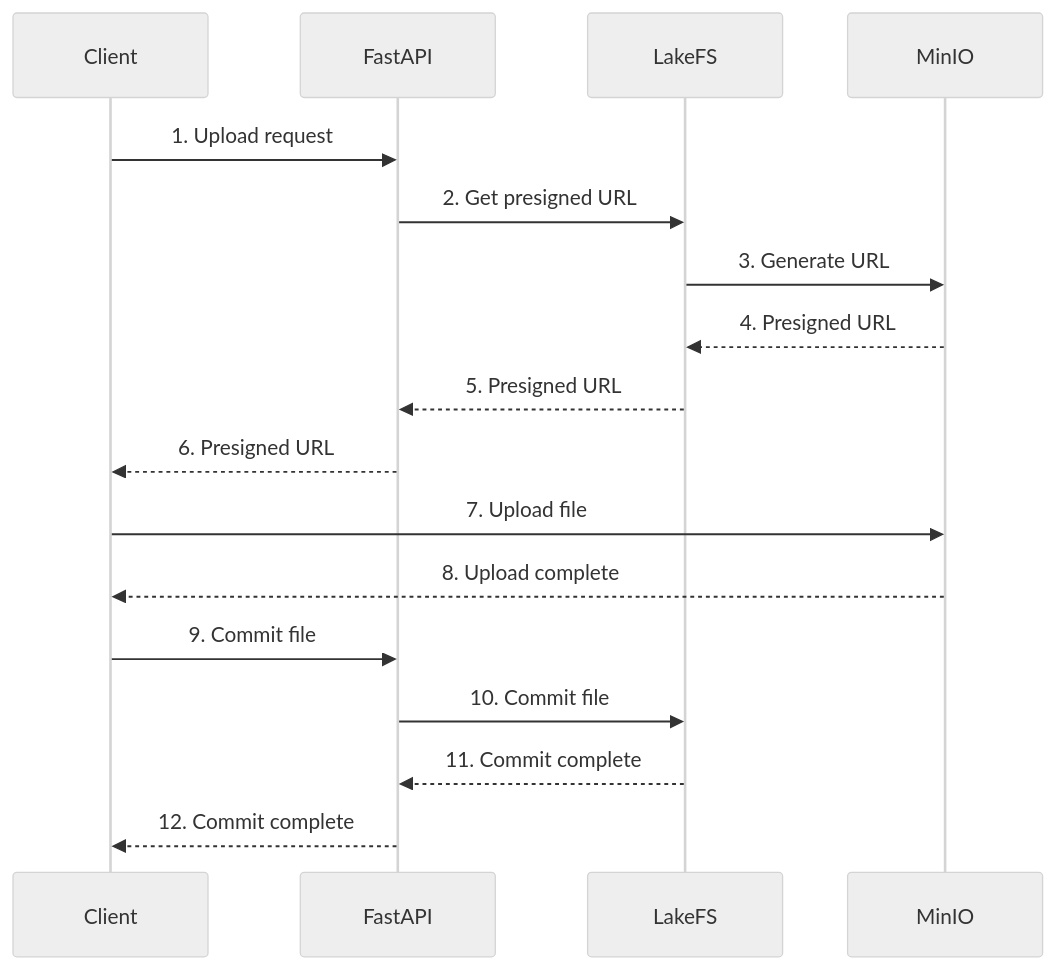
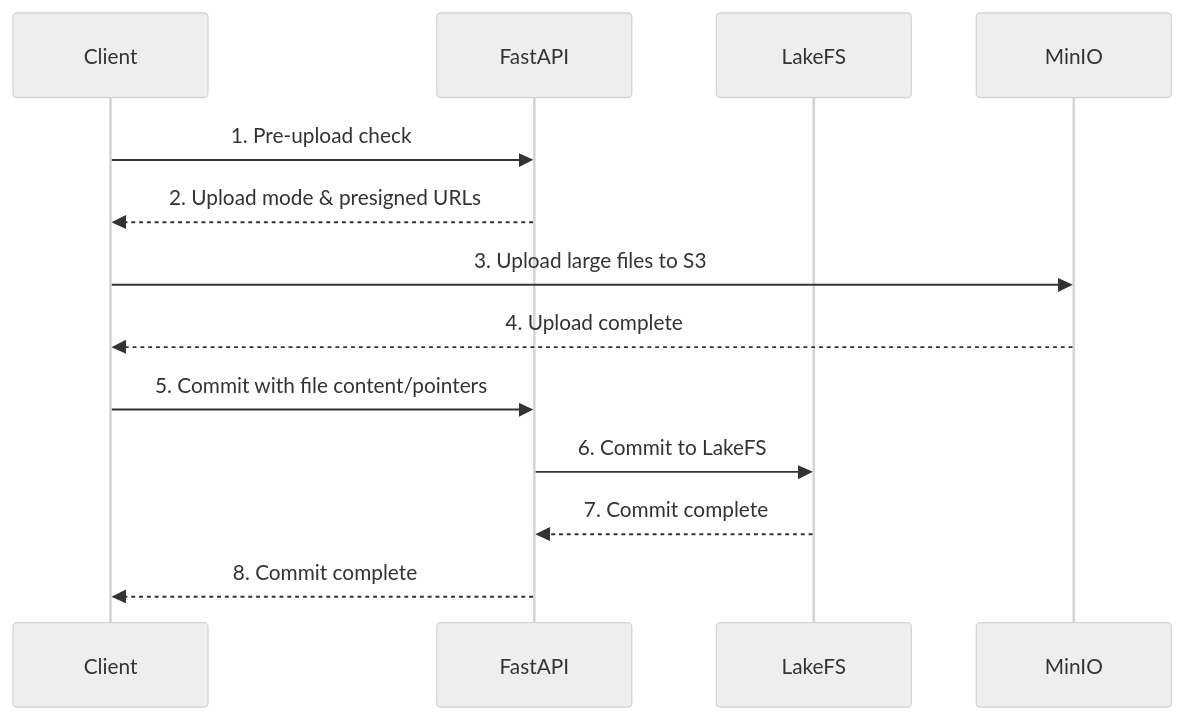
One commit to KohakuBlueleaf/KohakuHub changed the third of 5 diagrams in docs/API.md. Above: the diagram before and after it, drawn with Mermaid (neutral theme). The commit also changed other lines of this file and 6 other files, not shown here.

````diff
--- a/docs/API.md
+++ b/docs/API.md
@@ -134,20 +152,16 @@
 ```mermaid
 sequenceDiagram
     participant C as Client
     participant S as FastAPI
     participant L as LakeFS
     participant M as MinIO
 
-    C->>S: 1. Upload request
-    S->>L: 2. Get presigned URL
-    L->>M: 3. Generate URL
-    M-->>L: 4. Presigned URL
-    L-->>S: 5. Presigned URL
-    S-->>C: 6. Presigned URL
-    C->>M: 7. Upload file
-    M-->>C: 8. Upload complete
-    C->>S: 9. Commit file
-    S->>L: 10. Commit file
-    L-->>S: 11. Commit complete
-    S-->>C: 12. Commit complete
+    C->>S: 1. Pre-upload check
+    S-->>C: 2. Upload mode & presigned URLs
+    C->>M: 3. Upload large files to S3
+    M-->>C: 4. Upload complete
+    C->>S: 5. Commit with file content/pointers
+    S->>L: 6. Commit to LakeFS
+    L-->>S: 7. Commit complete
+    S-->>C: 8. Commit complete
 ```
````
